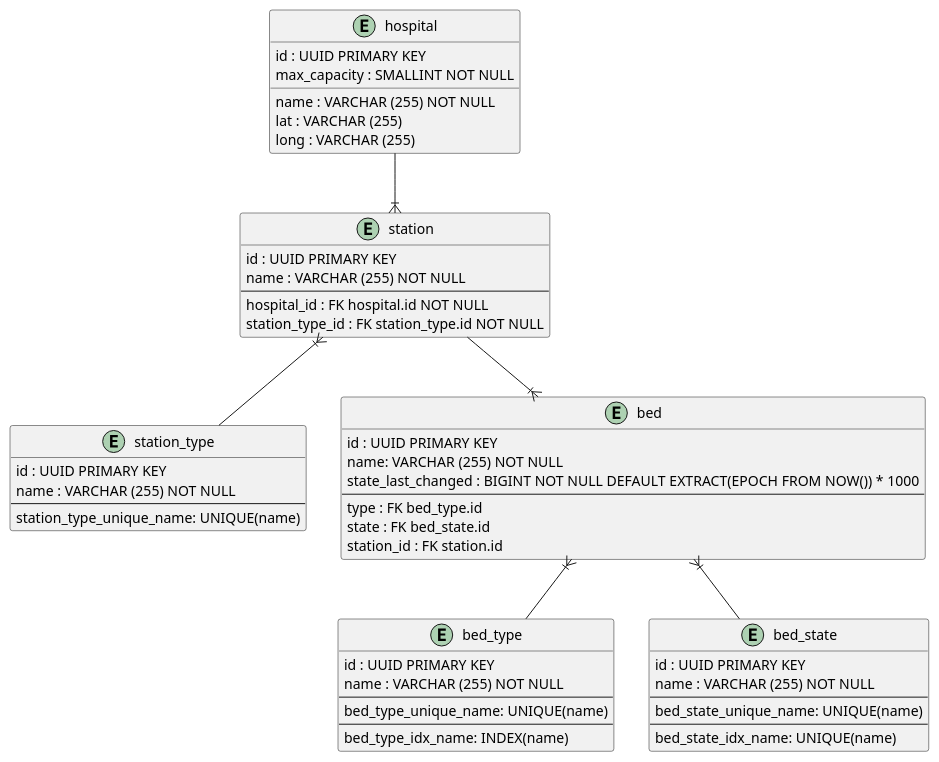
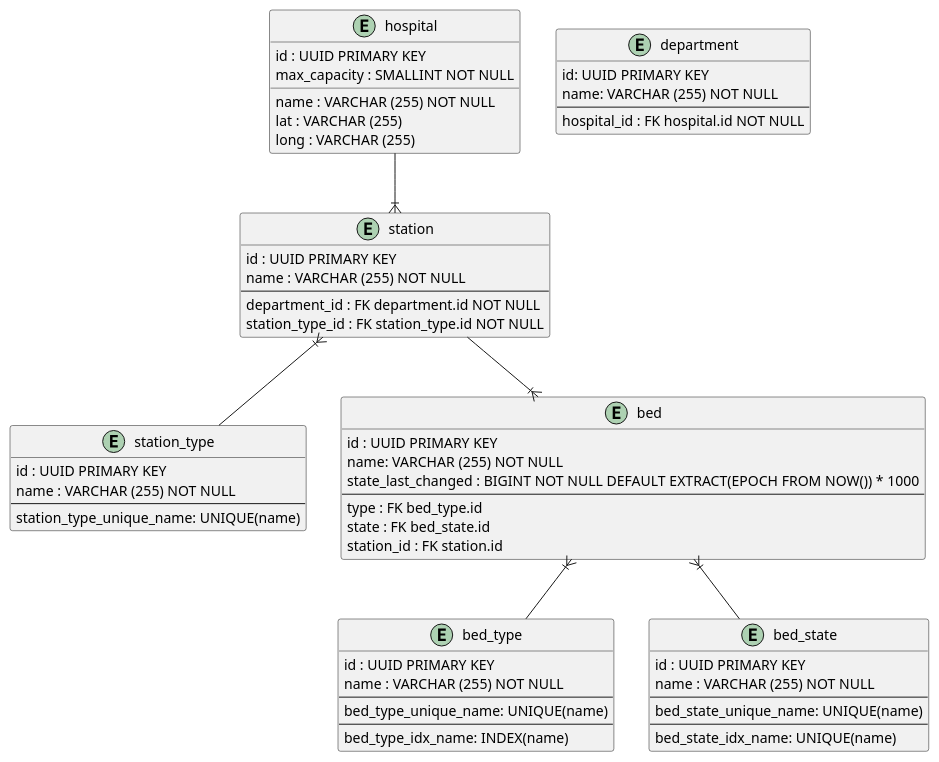
One commit to track-your-bed/track-your-bed-doc changed the diagram in datamodel/bedidentity/datamodel.puml. Above: the diagram before and after it, drawn with PlantUML. The commit also changed 1 other file, not shown here.

Commit message:
add entity department in sql file (#4)

```diff
--- a/datamodel/bedidentity/datamodel.puml
+++ b/datamodel/bedidentity/datamodel.puml
@@ -1,58 +1,66 @@
 @startuml
 entity hospital {
     id : UUID PRIMARY KEY
     name : VARCHAR (255) NOT NULL
     max_capacity : SMALLINT NOT NULL
     lat : VARCHAR (255)
     long : VARCHAR (255)
 }
 
+
+entity department {
+    id: UUID PRIMARY KEY
+    name: VARCHAR (255) NOT NULL
+    --
+    hospital_id : FK hospital.id NOT NULL
+}
+
 entity station {
     id : UUID PRIMARY KEY
     name : VARCHAR (255) NOT NULL
     --
-    hospital_id : FK hospital.id NOT NULL
+    department_id : FK department.id NOT NULL
     station_type_id : FK station_type.id NOT NULL
 }
 
 entity station_type {
     id : UUID PRIMARY KEY
     name : VARCHAR (255) NOT NULL
     --
     station_type_unique_name: UNIQUE(name)
 }
 
 entity bed {
     id : UUID PRIMARY KEY
     name: VARCHAR (255) NOT NULL
     state_last_changed : BIGINT NOT NULL DEFAULT EXTRACT(EPOCH FROM NOW()) * 1000
     --
     type : FK bed_type.id
     state : FK bed_state.id
     station_id : FK station.id
 }
 
 entity bed_type {
     id : UUID PRIMARY KEY
     name : VARCHAR (255) NOT NULL
     --
     bed_type_unique_name: UNIQUE(name)
     --
     bed_type_idx_name: INDEX(name)
 }
 
 entity bed_state {
     id : UUID PRIMARY KEY
     name : VARCHAR (255) NOT NULL
     --
     bed_state_unique_name: UNIQUE(name)
     --
     bed_state_idx_name: UNIQUE(name)
 }
 
 hospital --|{ station
 station }|-- station_type
 station --|{ bed
 bed }|-- bed_type
 bed }|-- bed_state
 @enduml
```
